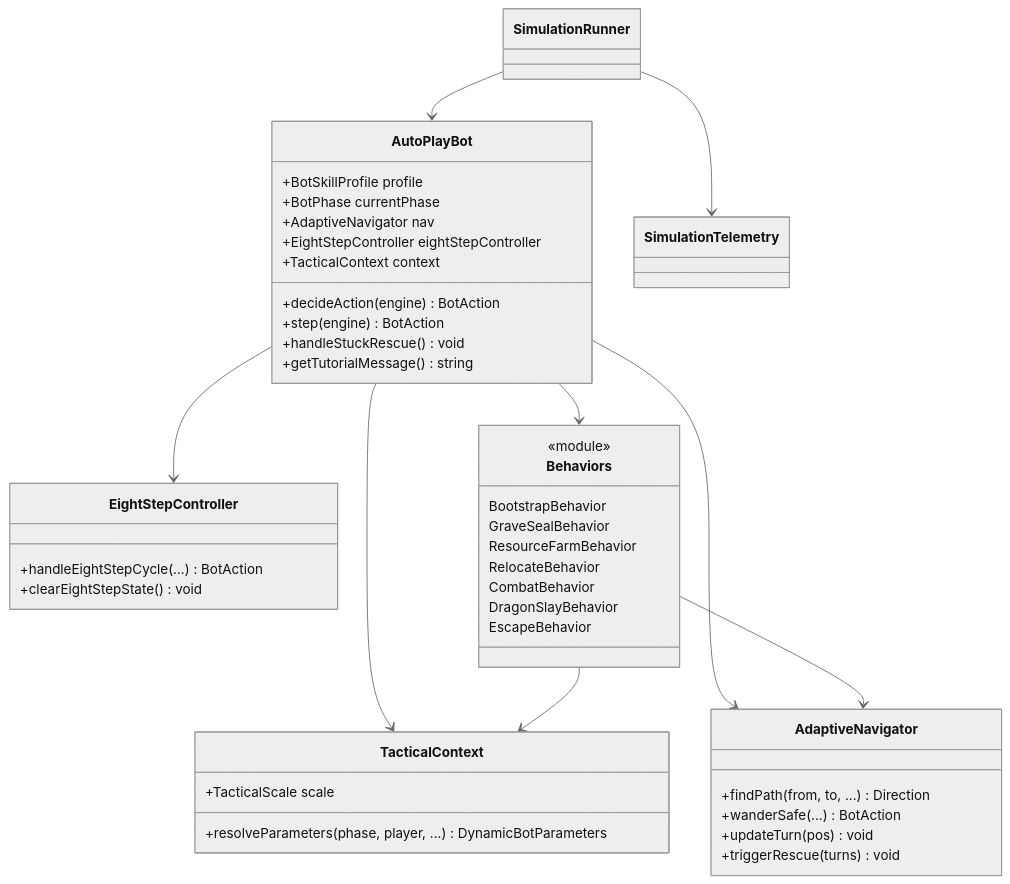
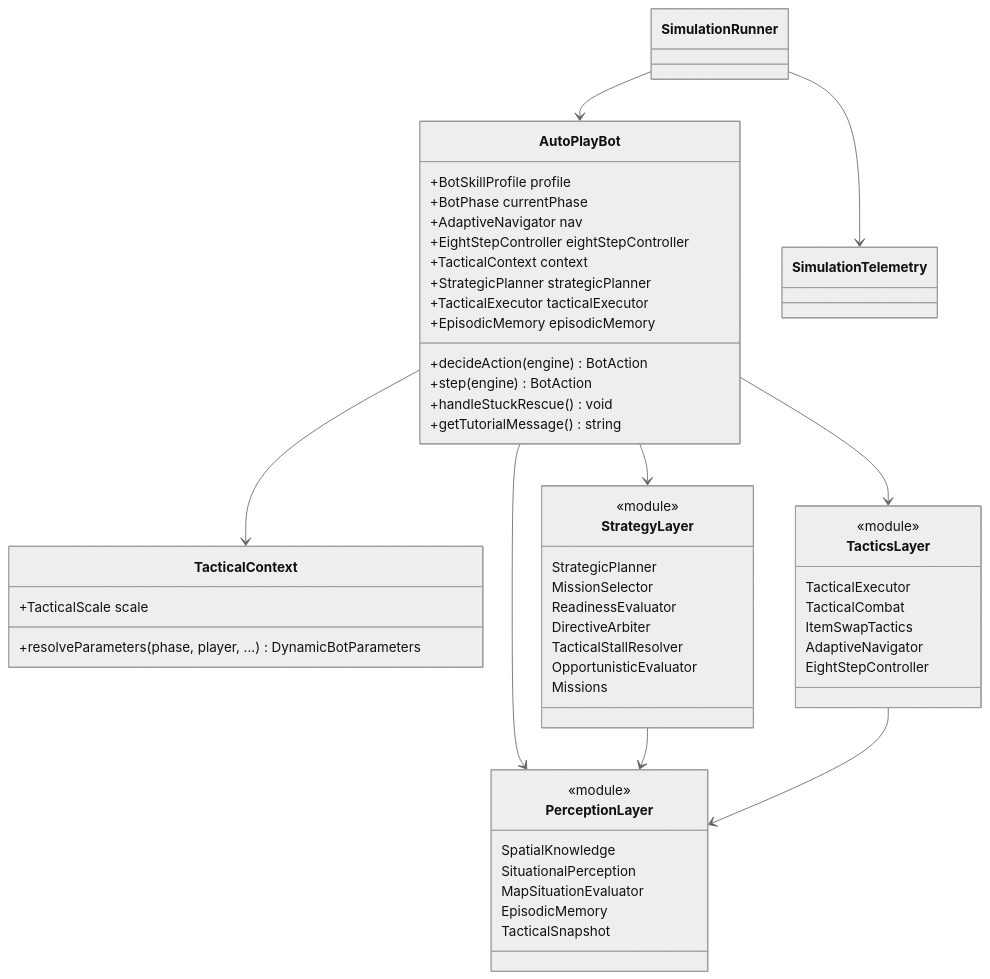
One commit to e3sh/ds1 changed the third of 5 diagrams in docs/architecture/technical_design.md. Above: the diagram before and after it, drawn with Mermaid (neutral theme). The commit also changed other lines of this file and 3 other files, not shown here.

````diff
--- a/docs/architecture/technical_design.md
+++ b/docs/architecture/technical_design.md
@@ -412,51 +407,60 @@
 ```mermaid
 classDiagram
     class AutoPlayBot {
         +BotSkillProfile profile
         +BotPhase currentPhase
         +AdaptiveNavigator nav
         +EightStepController eightStepController
         +TacticalContext context
+        +StrategicPlanner strategicPlanner
+        +TacticalExecutor tacticalExecutor
+        +EpisodicMemory episodicMemory
         +decideAction(engine) BotAction
         +step(engine) BotAction
         +handleStuckRescue() void
         +getTutorialMessage() string
     }
 
     class TacticalContext {
         +TacticalScale scale
         +resolveParameters(phase, player, ...) DynamicBotParameters
     }
 
-    class AdaptiveNavigator {
-        +findPath(from, to, ...) Direction
-        +wanderSafe(...) BotAction
-        +updateTurn(pos) void
-        +triggerRescue(turns) void
+    class PerceptionLayer {
+        <<module>>
+        SpatialKnowledge
+        SituationalPerception
+        MapSituationEvaluator
+        EpisodicMemory
+        TacticalSnapshot
     }
 
-    class EightStepController {
-        +handleEightStepCycle(...) BotAction
-        +clearEightStepState() void
+    class StrategyLayer {
+        <<module>>
+        StrategicPlanner
+        MissionSelector
+        ReadinessEvaluator
+        DirectiveArbiter
+        TacticalStallResolver
+        OpportunisticEvaluator
+        Missions
     }
 
-    class Behaviors {
+    class TacticsLayer {
         <<module>>
-        BootstrapBehavior
-        GraveSealBehavior
-        ResourceFarmBehavior
-        RelocateBehavior
-        CombatBehavior
-        DragonSlayBehavior
-        EscapeBehavior
+        TacticalExecutor
+        TacticalCombat
+        ItemSwapTactics
+        AdaptiveNavigator
+        EightStepController
     }
 
     AutoPlayBot --> TacticalContext
-    AutoPlayBot --> AdaptiveNavigator
-    AutoPlayBot --> EightStepController
-    AutoPlayBot --> Behaviors
-    Behaviors --> AdaptiveNavigator
-    Behaviors --> TacticalContext
+    AutoPlayBot --> PerceptionLayer
+    AutoPlayBot --> StrategyLayer
+    AutoPlayBot --> TacticsLayer
+    StrategyLayer --> PerceptionLayer
+    TacticsLayer --> PerceptionLayer
     SimulationRunner --> AutoPlayBot
     SimulationRunner --> SimulationTelemetry
 ```
````
